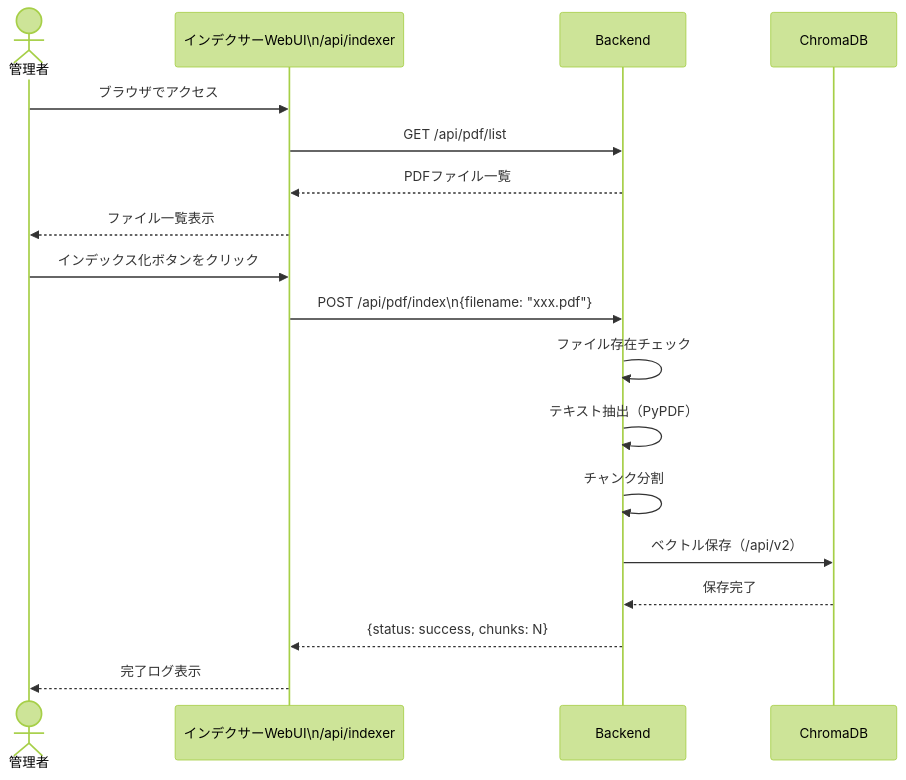
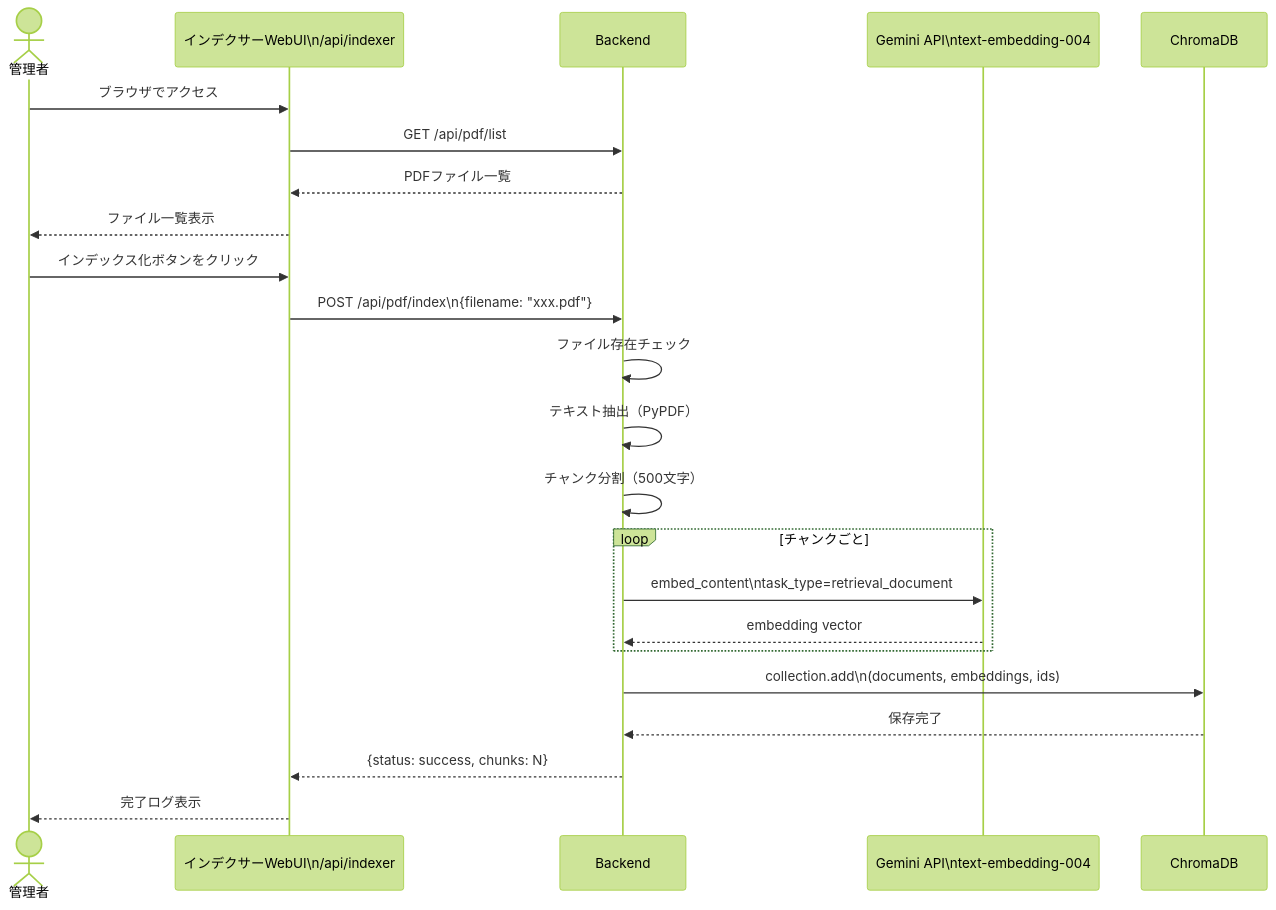
The second of 5 diagrams in docs/design/sequence_diagrams.md (redmine54/ai_chat), drawn with Mermaid (forest theme) before and after one commit. The commit also changed other lines of this file and 9 other files, not shown here.

````diff
--- a/docs/design/sequence_diagrams.md
+++ b/docs/design/sequence_diagrams.md
@@ -30,22 +31,27 @@
 ```mermaid
 sequenceDiagram
     actor Admin as 管理者
     participant UI as インデクサーWebUI\n/api/indexer
     participant BE as Backend
+    participant Gemini as Gemini API\ntext-embedding-004
     participant DB as ChromaDB
 
     Admin->>UI: ブラウザでアクセス
     UI->>BE: GET /api/pdf/list
     BE-->>UI: PDFファイル一覧
     UI-->>Admin: ファイル一覧表示
 
     Admin->>UI: インデックス化ボタンをクリック
     UI->>BE: POST /api/pdf/index\n{filename: "xxx.pdf"}
     BE->>BE: ファイル存在チェック
     BE->>BE: テキスト抽出（PyPDF）
-    BE->>BE: チャンク分割
-    BE->>DB: ベクトル保存（/api/v2）
+    BE->>BE: チャンク分割（500文字）
+    loop チャンクごと
+        BE->>Gemini: embed_content\ntask_type=retrieval_document
+        Gemini-->>BE: embedding vector
+    end
+    BE->>DB: collection.add\n(documents, embeddings, ids)
     DB-->>BE: 保存完了
     BE-->>UI: {status: success, chunks: N}
     UI-->>Admin: 完了ログ表示
 ```
````
